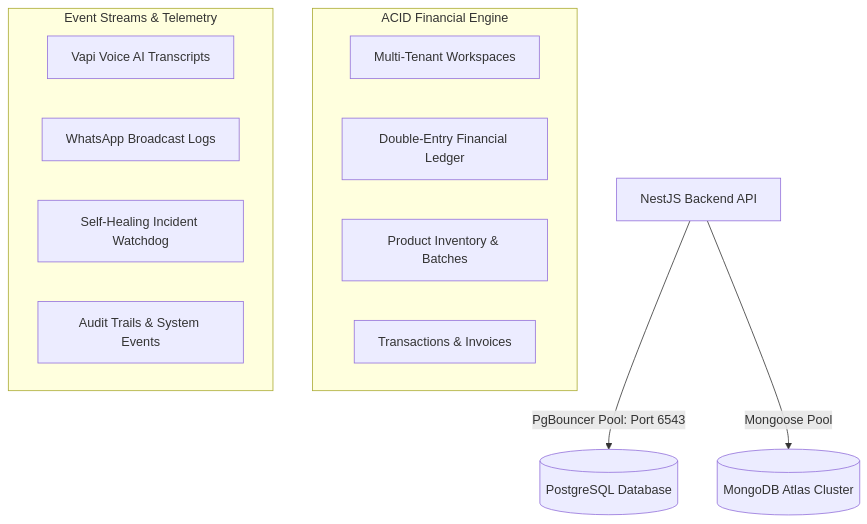
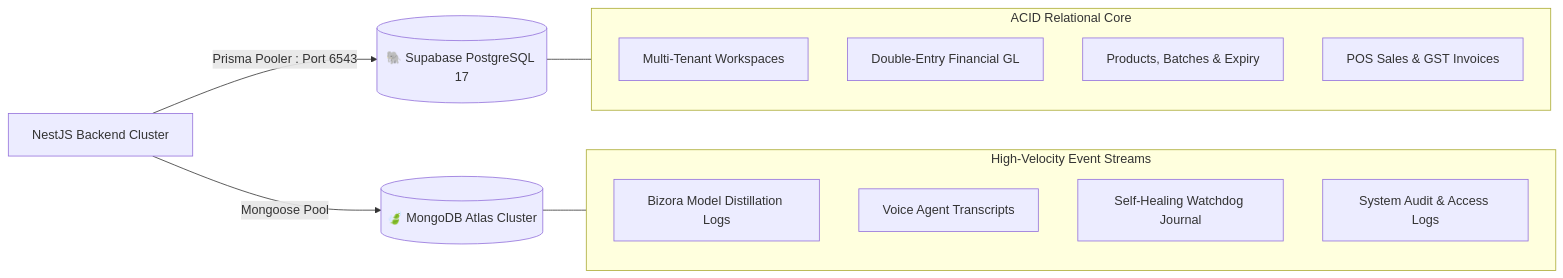
The second of 2 diagrams in README.md (omkhade75/project-h), drawn with Mermaid before and after one commit. The commit also changed other lines of this file, not shown here.

Commit message:
docs: upgrade README to commercial product launch standard with Bizora-Model-v1, BizVoice, and zero-vendor lock-in architecture

````diff
--- a/README.md
+++ b/README.md
@@ -110,19 +151,22 @@
 ```mermaid
-graph TD
-    API[NestJS Backend API] -->|PgBouncer Pool: Port 6543| PG[(PostgreSQL Database)]
-    API -->|Mongoose Pool| MG[(MongoDB Atlas Cluster)]
-    
-    subgraph PostgreSQL [ACID Financial Engine]
-        PG1[Multi-Tenant Workspaces]
-        PG2[Double-Entry Financial Ledger]
-        PG3[Product Inventory & Batches]
-        PG4[Transactions & Invoices]
+graph LR
+    API["NestJS Backend Cluster"] -->|Prisma Pooler : Port 6543| PG[("🐘 Supabase PostgreSQL 17")]
+    API -->|Mongoose Pool| MG[("🍃 MongoDB Atlas Cluster")]
+
+    subgraph PG_Store ["ACID Relational Core"]
+        W["Multi-Tenant Workspaces"]
+        L["Double-Entry Financial GL"]
+        P["Products, Batches & Expiry"]
+        T["POS Sales & GST Invoices"]
     end
-    
-    subgraph MongoDB [Event Streams & Telemetry]
-        MG1[Vapi Voice AI Transcripts]
-        MG2[WhatsApp Broadcast Logs]
-        MG3[Self-Healing Incident Watchdog]
-        MG4[Audit Trails & System Events]
+
+    subgraph MG_Store ["High-Velocity Event Streams"]
+        A["Bizora Model Distillation Logs"]
+        B["Voice Agent Transcripts"]
+        C["Self-Healing Watchdog Journal"]
+        D["System Audit & Access Logs"]
     end
+
+    PG --- PG_Store
+    MG --- MG_Store
 ```
````
